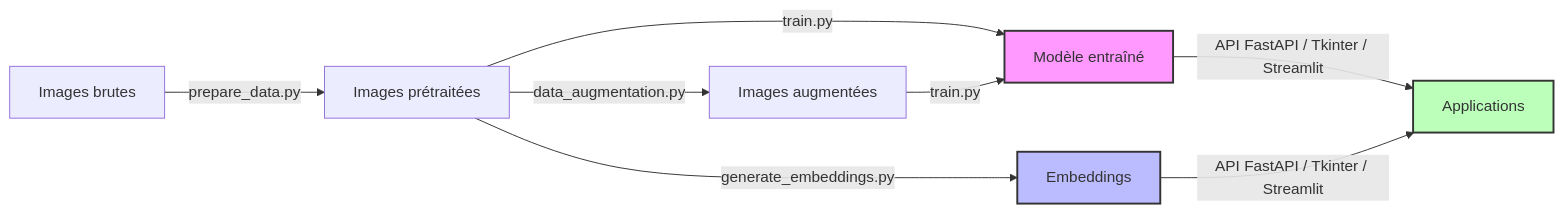
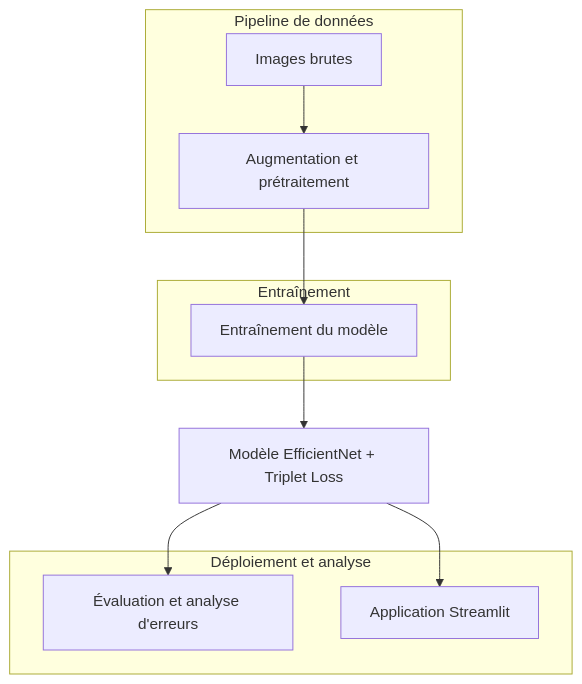
One commit to AntoineMLD/certification_DevIA changed the diagram in E3_MettreDispositionIA/README.md. Above: the diagram before and after it, drawn with Mermaid. The commit also changed other lines of this file and 84 other files, not shown here.

Commit message:
model efficient_net fonctionne avec le streamlit sur les symboles des gravures

````diff
--- a/E3_MettreDispositionIA/README.md
+++ b/E3_MettreDispositionIA/README.md
@@ -73,12 +16,22 @@
 ```mermaid
-flowchart LR
-    A[Images brutes] -->|prepare_data.py| B[Images prétraitées]
-    B -->|data_augmentation.py| C[Images augmentées]
-    B & C -->|train.py| D[Modèle entraîné]
-    B -->|generate_embeddings.py| E[Embeddings]
-    D & E -->|API FastAPI / Tkinter / Streamlit| F[Applications]
+graph TD
+    A[Images brutes] --> B[Augmentation et prétraitement]
+    B --> C[Entraînement du modèle]
+    C --> D[Modèle EfficientNet + Triplet Loss]
+    D --> E[Évaluation et analyse d'erreurs]
+    D --> F[Application Streamlit]
     
-    style D fill:#f9f,stroke:#333,stroke-width:2px
-    style E fill:#bbf,stroke:#333,stroke-width:2px
-    style F fill:#bfb,stroke:#333,stroke-width:2px
+    subgraph "Pipeline de données"
+        A
+        B
+    end
+    
+    subgraph "Entraînement"
+        C
+    end
+    
+    subgraph "Déploiement et analyse"
+        E
+        F
+    end
 ```
````
